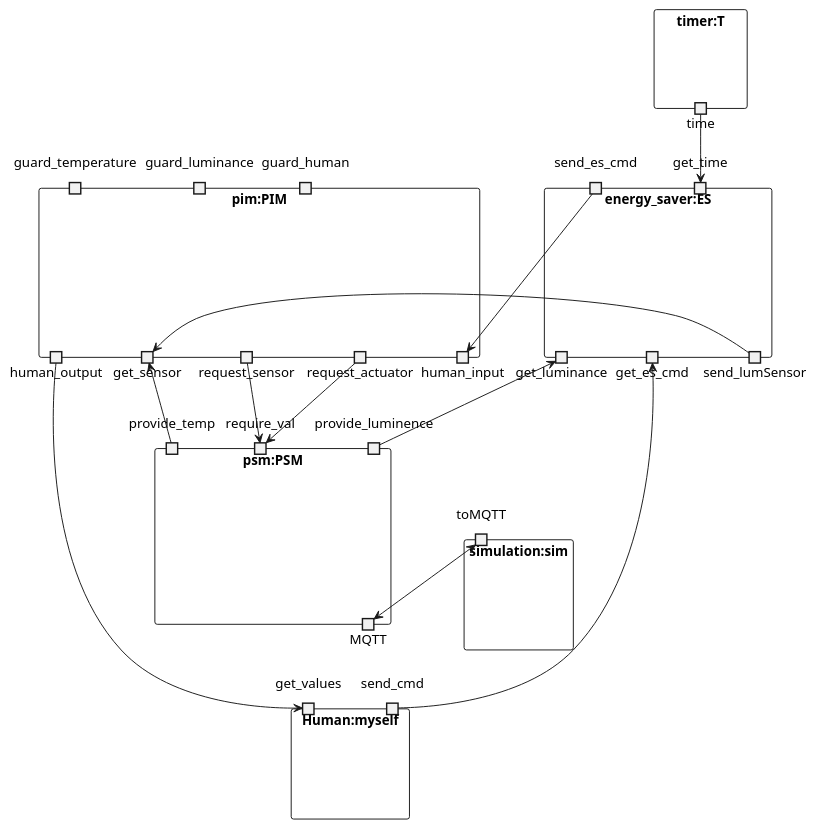
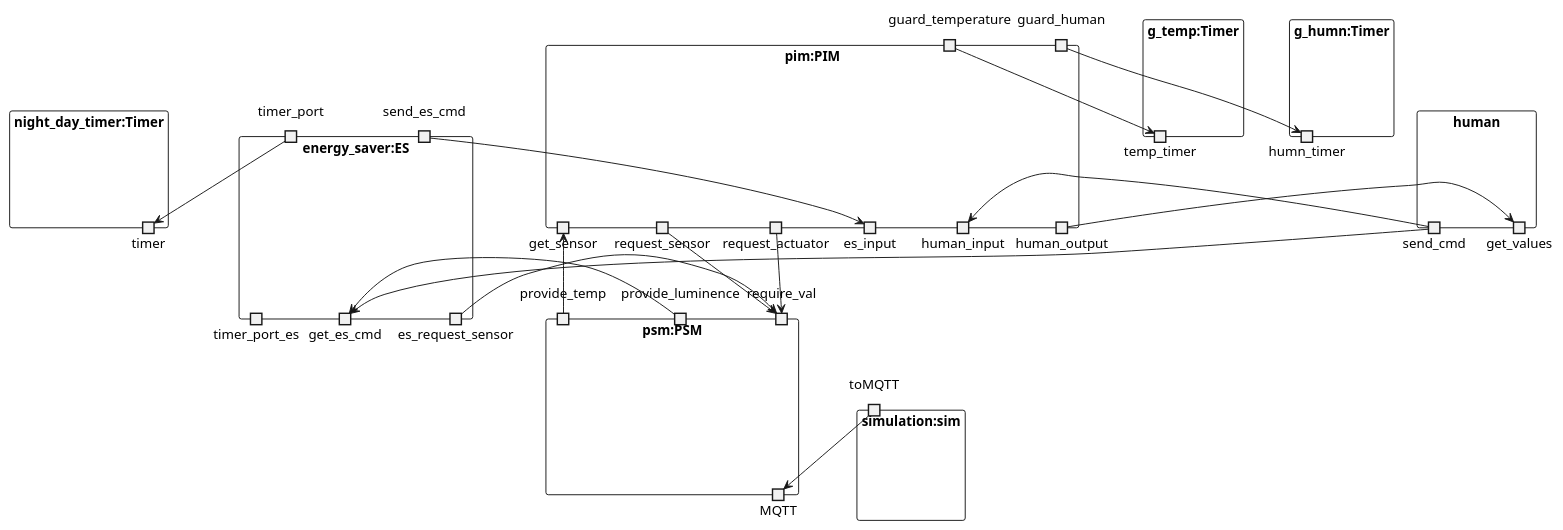
The diagram in Oblig1/TheRoomX3D2.MQTT.sim/Diagrams/architecture.plantuml (Tobhal/HIOF-Models-and-Digital-Twins), drawn with PlantUML before and after one commit. The commit also changed 13 other files, not shown here.

First line of the commit message:
Changed diagrams to the ones used

```diff
--- a/Oblig1/TheRoomX3D2.MQTT.sim/Diagrams/architecture.plantuml
+++ b/Oblig1/TheRoomX3D2.MQTT.sim/Diagrams/architecture.plantuml
@@ -1,67 +1,90 @@
 @startuml X3D2_MQTT_SIM
 
+'Timers
+rectangle night_day_timer:Timer {
+    portout timer
+}
 
-rectangle timer:T {
-    portout time
+rectangle g_temp:Timer {
+    portout temp_timer
+}
+
+rectangle g_humn:Timer {
+    portout humn_timer
+}
+
+'human
+rectangle human {
+    portout get_values
+    portout send_cmd
 }
 
 'PIM
 rectangle pim:PIM {
     portout get_sensor
     portout request_sensor
     portout request_actuator
     portout human_input
     portout human_output
 
+    portout es_input
+
     'guards
     port guard_temperature
-    port guard_luminance
     port guard_human
 }
 
 'PSM
 rectangle psm:PSM {
     portin provide_temp
     portin provide_luminence
     portin require_val
-    portin require_val
 
     portout MQTT
-}
-'Human
-rectangle Human:myself {
-    port send_cmd
-    portin get_values
 }
 
 'SIM
 rectangle simulation:sim {
     port toMQTT
 }
 
 'energy saver
 rectangle energy_saver:ES {
     portin send_es_cmd
-    portin get_time
+
+    portin timer_port
 
     portout get_es_cmd
-    portout get_luminance
-    portout send_lumSensor
+
+    'es prefix for clarity
+    portout es_request_sensor
+
+    portout timer_port_es
 }
- 
+
+'PSM
 provide_temp --> get_sensor
-provide_luminence --> get_luminance
+provide_luminence --> get_es_cmd
 
-send_lumSensor --> get_sensor
+'Simulation
+toMQTT --> MQTT
 
+'Human
+send_cmd --> human_input
 send_cmd --> get_es_cmd
-send_es_cmd ---> human_input
- 
+
+'ES
+send_es_cmd --> es_input
+timer_port --> timer
+es_request_sensor --> require_val
+
+'PIM
 request_sensor --> require_val
 request_actuator --> require_val
-human_output -----> get_values
- 
-time --> get_time
 
-toMQTT <--> MQTT
+human_output --> get_values
+
+guard_temperature --> temp_timer
+guard_human --> humn_timer
+
 @enduml
```
